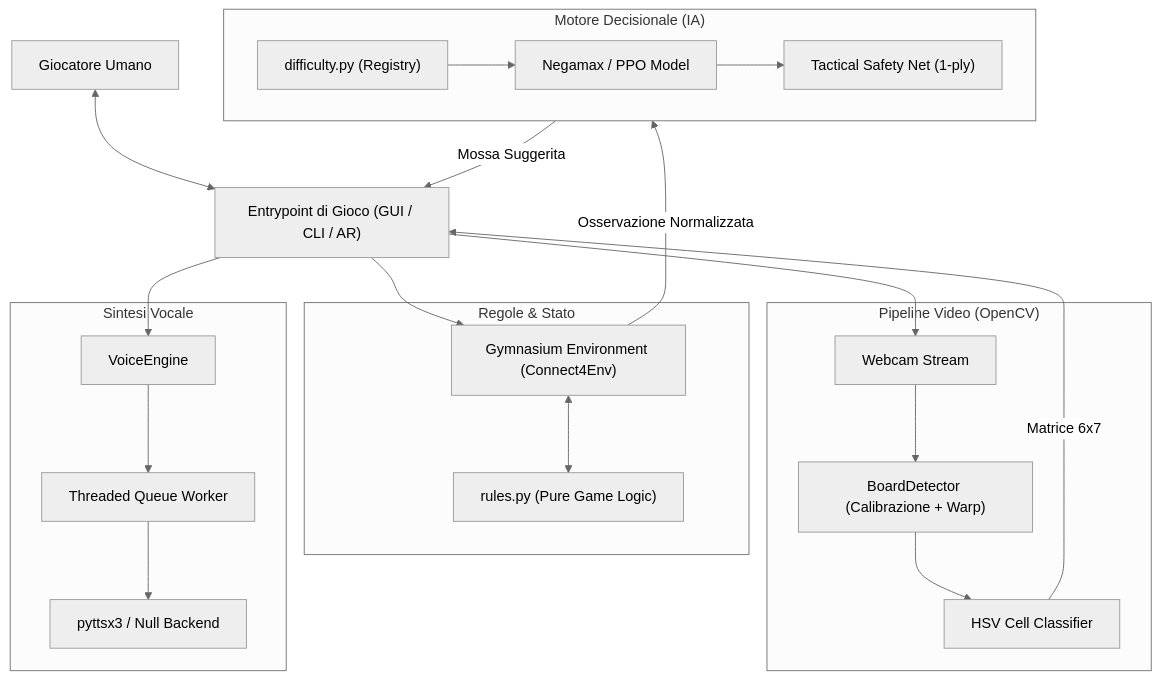
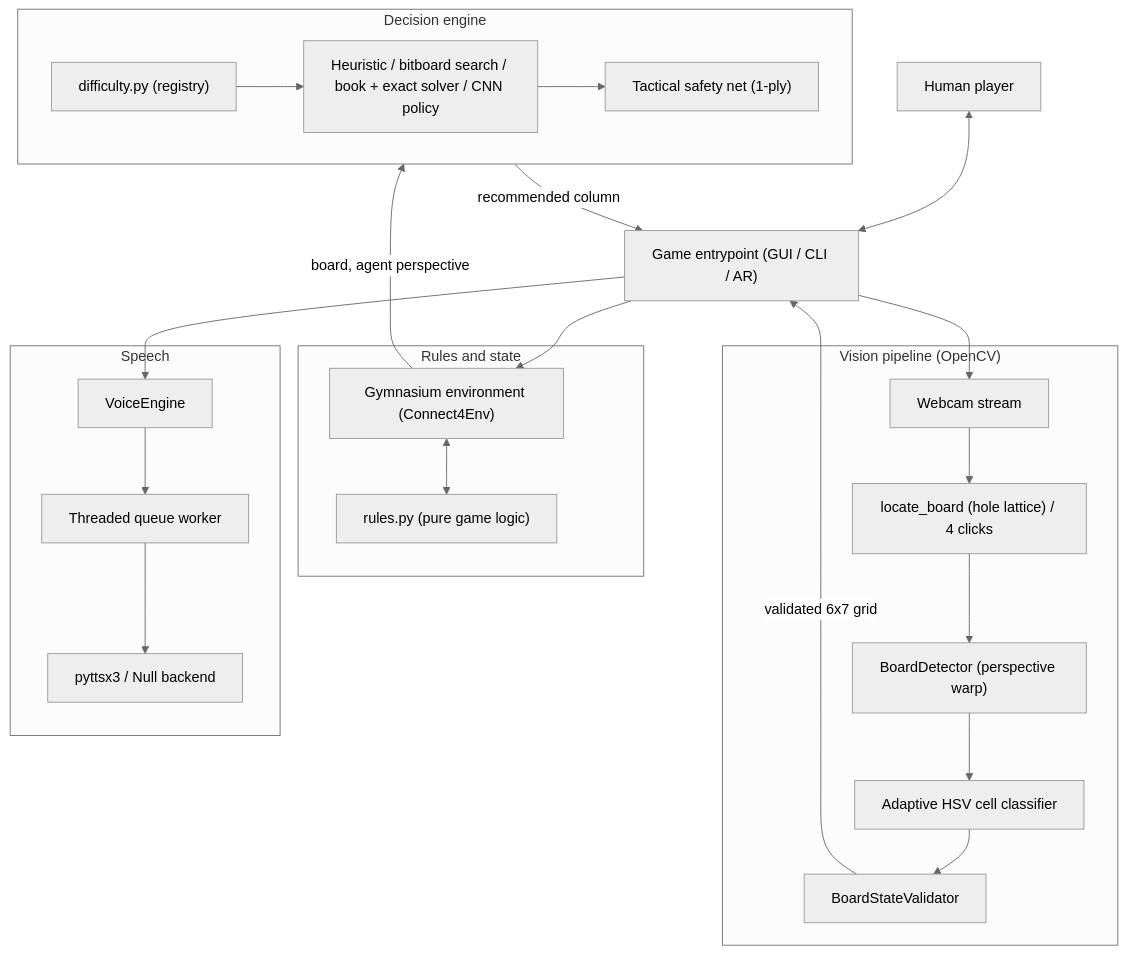
One commit to tzii/Pefforza_4 changed the first of 3 diagrams in docs/architecture_and_dataflow.md. Above: the diagram before and after it, drawn with Mermaid (neutral theme). The commit also changed other lines of this file and 25 other files, not shown here.

````diff
--- a/docs/architecture_and_dataflow.md
+++ b/docs/architecture_and_dataflow.md
@@ -10,30 +17,32 @@
 ```mermaid
 flowchart TD
-    User["Giocatore Umano"] <--> EntryPoint["Entrypoint di Gioco (GUI / CLI / AR)"]
-    
-    subgraph Video["Pipeline Video (OpenCV)"]
-        Cam["Webcam Stream"] --> Detector["BoardDetector (Calibrazione + Warp)"]
-        Detector --> Classifier["HSV Cell Classifier"]
+    User["Human player"] <--> EntryPoint["Game entrypoint (GUI / CLI / AR)"]
+
+    subgraph Video["Vision pipeline (OpenCV)"]
+        Cam["Webcam stream"] --> Locate["locate_board (hole lattice) / 4 clicks"]
+        Locate --> Detector["BoardDetector (perspective warp)"]
+        Detector --> Classifier["Adaptive HSV cell classifier"]
+        Classifier --> Validator["BoardStateValidator"]
     end
-    
-    subgraph Logic["Regole & Stato"]
-        Env["Gymnasium Environment (Connect4Env)"] <--> Rules["rules.py (Pure Game Logic)"]
+
+    subgraph Logic["Rules and state"]
+        Env["Gymnasium environment (Connect4Env)"] <--> Rules["rules.py (pure game logic)"]
     end
-    
-    subgraph Engine["Motore Decisionale (IA)"]
-        Difficulty["difficulty.py (Registry)"] --> Decision["Negamax / PPO Model"]
-        Decision --> SafetyNet["Tactical Safety Net (1-ply)"]
+
+    subgraph Engine["Decision engine"]
+        Difficulty["difficulty.py (registry)"] --> Decision["Heuristic / bitboard search / book + exact solver / CNN policy"]
+        Decision --> SafetyNet["Tactical safety net (1-ply)"]
     end
-    
-    subgraph Speech["Sintesi Vocale"]
-        Voice["VoiceEngine"] --> Queue["Threaded Queue Worker"]
-        Queue --> TTS["pyttsx3 / Null Backend"]
+
+    subgraph Speech["Speech"]
+        Voice["VoiceEngine"] --> Queue["Threaded queue worker"]
+        Queue --> TTS["pyttsx3 / Null backend"]
     end
 
     EntryPoint --> Cam
-    Classifier -- "Matrice 6x7" --> EntryPoint
+    Validator -- "validated 6x7 grid" --> EntryPoint
     EntryPoint --> Env
-    Env -- "Osservazione Normalizzata" --> Engine
-    Engine -- "Mossa Suggerita" --> EntryPoint
+    Env -- "board, agent perspective" --> Engine
+    Engine -- "recommended column" --> EntryPoint
     EntryPoint --> Voice
 ```
````
